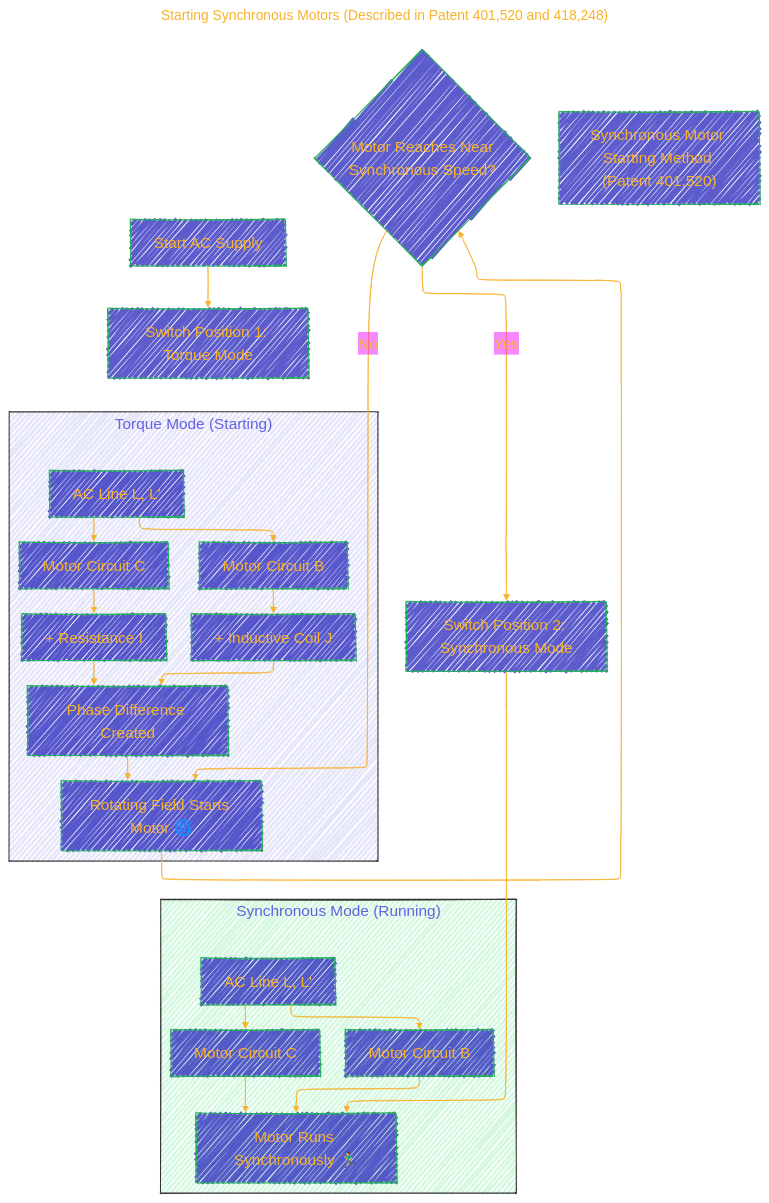
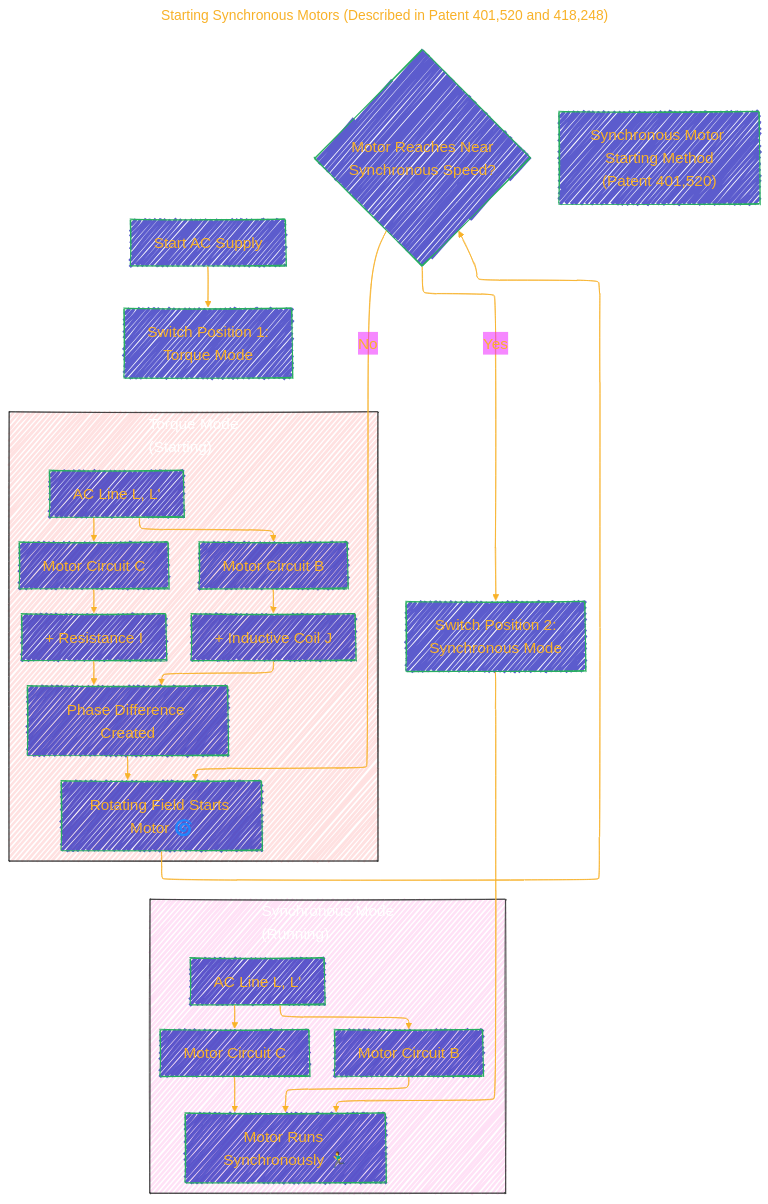
The ninth of 14 diagrams in BOOK_Transmission_of_Power_POLYPHASE_SYSTEM_Tesla_patents/BOOK_Transmission_of_Power_POLYPHASE_SYSTEM_Tesla_patents.md (CongLeSolutionX/Nikola_Tesla), drawn with Mermaid before and after one commit. The commit also changed other lines of this file, not shown here.

````diff
--- a/BOOK_Transmission_of_Power_POLYPHASE_SYSTEM_Tesla_patents/BOOK_Transmission_of_Power_POLYPHASE_SYSTEM_Tesla_patents.md
+++ b/BOOK_Transmission_of_Power_POLYPHASE_SYSTEM_Tesla_patents/BOOK_Transmission_of_Power_POLYPHASE_SYSTEM_Tesla_patents.md
@@ -559,58 +572,63 @@
 ```mermaid
 ---
 title: "Starting Synchronous Motors (Described in Patent 401,520 and 418,248)"
 author: "Cong Le"
 version: "1.0"
 license(s): "MIT, CC BY-SA 4.0"
 copyright: "Copyright (c) 2025 Cong Le. All Rights Reserved."
 config:
   layout: elk
   theme: base
   look: handDrawn
 ---
 %%%%%%%% Mermaid version v11.4.1-b.14
 %%%%%%%% Available curve styles include the following keywords:
 %% basis, bumpX, bumpY, cardinal, catmullRom, linear, monotoneX, monotoneY, natural, step, stepAfter, stepBefore.
 %%{
   init: {
     'flowchart': { 'htmlLabels': true, 'curve': 'basis' },
     'fontFamily': 'American Typewriter, monospace',
     'logLevel': 'fatal',
     'themeVariables': {
       'primaryColor': '#22BB',
       'primaryTextColor': '#F8B229',
       'lineColor': '#F8B229',
       'primaryBorderColor': '#27AE60',
       'secondaryColor': '#E2F1',
       'secondaryTextColor': '#6C3483',
       'secondaryBorderColor': '#A569BD',
       'fontSize': '20px'
     }
   }
 }%%
 flowchart TD
-    Start["Start AC Supply"] --> SwitchPos1["Switch Position 1: Torque Mode"];
-    subgraph TorqueMode ["Torque Mode (Starting)"]
-        Circuit_B[Motor Circuit B] --> With_Inductor_J["+ Inductive Coil J"];
-        Circuit_C[Motor Circuit C] --> With_Resistor_I["+ Resistance I"];
-        AC_Line[AC Line L, L'] --> Circuit_B;
-        AC_Line --> Circuit_C;
-        With_Inductor_J & With_Resistor_I --> PhaseDifference["Phase Difference Created"];
-        PhaseDifference --> RotatingFieldStart["Rotating Field Starts Motor 🌀"];
+    Start["Start AC Supply"] --> SwitchPos1["Switch Position 1:<br/>Torque Mode"]
+    subgraph TorqueMode ["Torque Mode<br/>(Starting)"]
+    style TorqueMode fill:#F222,stroke:#333,stroke-width:1px, color: #FFFF
+        Circuit_B[Motor Circuit B] --> With_Inductor_J["+ Inductive Coil J"]
+        Circuit_C[Motor Circuit C] --> With_Resistor_I["+ Resistance I"]
+        AC_Line[AC Line L, L'] --> Circuit_B
+        AC_Line --> Circuit_C
+        With_Inductor_J & With_Resistor_I --> PhaseDifference["Phase Difference Created"]
+        PhaseDifference --> RotatingFieldStart["Rotating Field Starts Motor 🌀"]
     end
-    RotatingFieldStart --> AttainSpeed{"Motor Reaches Near<br>Synchronous Speed?"};
-    AttainSpeed -- Yes --> SwitchPos2["Switch Position 2: Synchronous Mode"];
-    AttainSpeed -- No --> RotatingFieldStart;
-    subgraph SynchronousMode ["Synchronous Mode (Running)"]
-        Circuit_B_Sync[Motor Circuit B]
-        Circuit_C_Sync[Motor Circuit C]
-        AC_Line_Sync[AC Line L, L'] --> Circuit_B_Sync;
-        AC_Line_Sync --> Circuit_C_Sync;
-        Circuit_B_Sync & Circuit_C_Sync --> SynchronousOperation["Motor Runs Synchronously 🏃‍♂️"];
+
+    RotatingFieldStart --> AttainSpeed{"Motor Reaches Near<br>Synchronous Speed?"}
+    AttainSpeed -- Yes --> SwitchPos2["Switch Position 2:<br/>Synchronous Mode"]
+    AttainSpeed -- No --> RotatingFieldStart
+
+    subgraph SynchronousMode ["Synchronous Mode<br/>(Running)"]
+    style SynchronousMode fill:#F2B2,stroke:#333,stroke-width:1px, color: #FFFF
+      Circuit_B_Sync["Motor Circuit B"]
+      Circuit_C_Sync["Motor Circuit C"]
+      AC_Line_Sync["AC Line L, L'"] --> Circuit_B_Sync
+      AC_Line_Sync --> Circuit_C_Sync
+      Circuit_B_Sync & Circuit_C_Sync --> SynchronousOperation["Motor Runs Synchronously 🏃‍♂️"]
     end
+
     SwitchPos2 --> SynchronousOperation;
-    Title5["Synchronous Motor Starting Method (Patent 401,520)"]
+    Title5["Synchronous Motor Starting Method<br/>(Patent 401,520)"]
 
-    style TorqueMode fill:#E6E6FA, stroke:#333
-    style SynchronousMode fill:#D4F8E0, stroke:#333
+    %% style TorqueMode fill:#E6E6FA, stroke:#333
+    %% style SynchronousMode fill:#D4F8E0, stroke:#333
 ```
````
